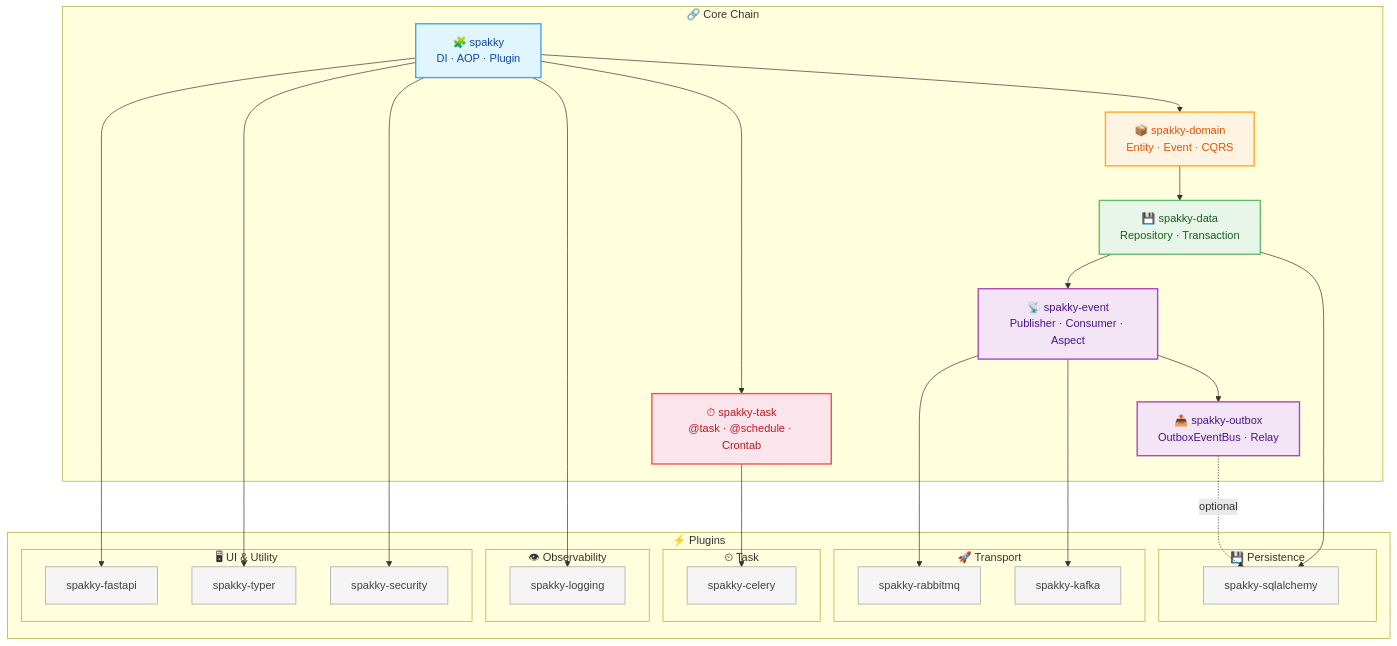
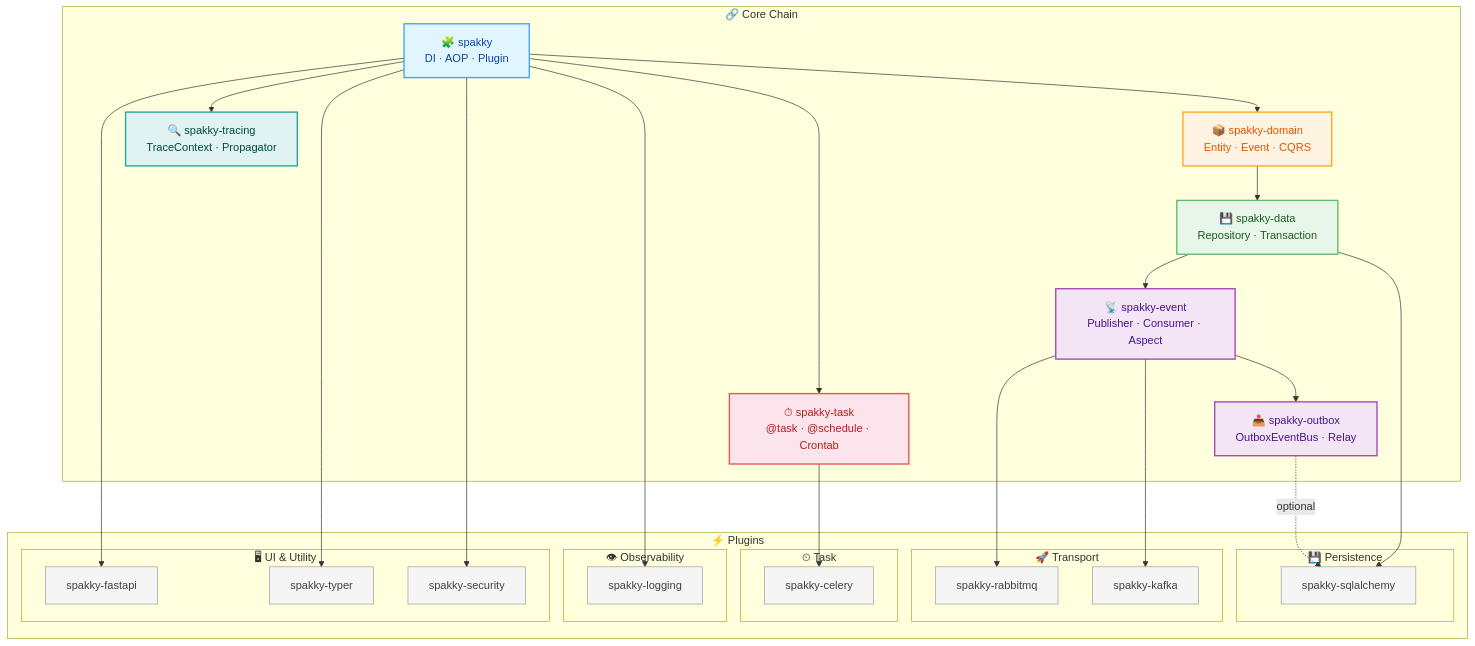
One commit to E5presso/spakky-framework changed the first of 2 diagrams in ARCHITECTURE.md. Above: the diagram before and after it, drawn with Mermaid. The commit also changed other lines of this file and 27 other files, not shown here.

Commit message:
feat: add spakky-tracing core package - closes #33

````diff
--- a/ARCHITECTURE.md
+++ b/ARCHITECTURE.md
@@ -50,66 +51,68 @@
 ```mermaid
 graph TD
     subgraph core_chain ["🔗 Core Chain"]
         core[🧩 spakky<br/>DI · AOP · Plugin]
 
         core --> domain[📦 spakky-domain<br/>Entity · Event · CQRS]
         core --> task_pkg["⏱ spakky-task<br/>@task · @schedule · Crontab"]
+        core --> tracing["🔍 spakky-tracing<br/>TraceContext · Propagator"]
 
         domain --> data[💾 spakky-data<br/>Repository · Transaction]
         data --> event[📡 spakky-event<br/>Publisher · Consumer · Aspect]
         event --> outbox[📤 spakky-outbox<br/>OutboxEventBus · Relay]
     end
 
     subgraph plugins ["⚡ Plugins"]
         subgraph persistence ["💾 Persistence"]
             sqlalchemy[spakky-sqlalchemy]
         end
 
         subgraph transport ["🚀 Transport"]
             rabbitmq[spakky-rabbitmq]
             kafka[spakky-kafka]
         end
 
         subgraph task_plugins ["⏲ Task"]
             celery_plugin[spakky-celery]
         end
 
         subgraph observability ["👁 Observability"]
             logging_pkg[spakky-logging]
         end
 
         subgraph ui ["🖥 UI & Utility"]
             fastapi[spakky-fastapi]
             typer[spakky-typer]
             security[spakky-security]
         end
     end
 
     data --> sqlalchemy
     outbox -.->|optional| sqlalchemy
     event --> rabbitmq
     event --> kafka
     task_pkg --> celery_plugin
     core --> logging_pkg
     core --> fastapi
     core --> typer
     core --> security
 
     %% Styling — Core
     style core fill:#e1f5ff,stroke:#42a5f5,stroke-width:2px,color:#0d47a1
     style domain fill:#fff4e1,stroke:#ffa726,stroke-width:2px,color:#e65100
     style data fill:#e8f5e9,stroke:#66bb6a,stroke-width:2px,color:#1b5e20
     style event fill:#f3e5f5,stroke:#ab47bc,stroke-width:2px,color:#4a148c
     style outbox fill:#f3e5f5,stroke:#ab47bc,stroke-width:2px,color:#4a148c
     style task_pkg fill:#fce4ec,stroke:#ef5350,stroke-width:2px,color:#b71c1c
+    style tracing fill:#e0f2f1,stroke:#26a69a,stroke-width:2px,color:#004d40
 
     %% Styling — Plugins
     style sqlalchemy fill:#f5f5f5,stroke:#9e9e9e,color:#424242
     style rabbitmq fill:#f5f5f5,stroke:#9e9e9e,color:#424242
     style kafka fill:#f5f5f5,stroke:#9e9e9e,color:#424242
     style celery_plugin fill:#f5f5f5,stroke:#9e9e9e,color:#424242
     style logging_pkg fill:#f5f5f5,stroke:#9e9e9e,color:#424242
     style fastapi fill:#f5f5f5,stroke:#9e9e9e,color:#424242
     style typer fill:#f5f5f5,stroke:#9e9e9e,color:#424242
     style security fill:#f5f5f5,stroke:#9e9e9e,color:#424242
 ```
````
